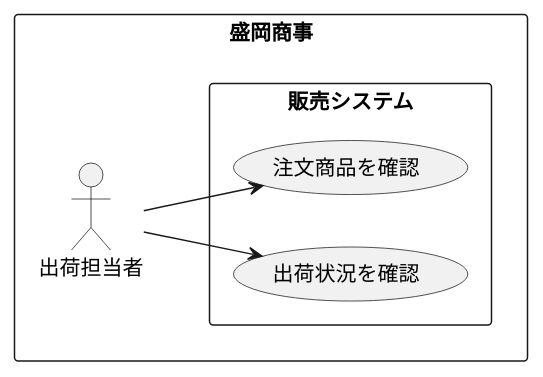
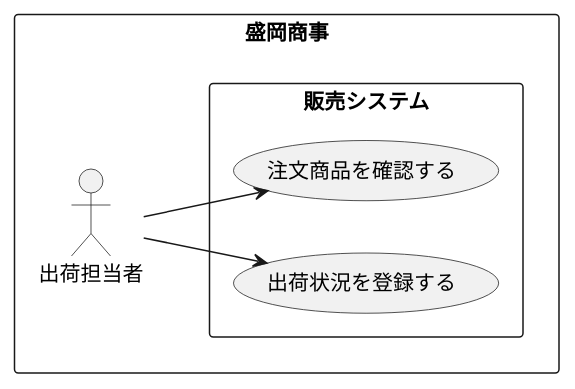
One commit to kuboi0627/unl-introduction changed the diagram in 演習2-5_盛岡商事_販売管理システム.pu. Above: the diagram before and after it, drawn with PlantUML. The commit also changed 1 other file, not shown here.

```diff
--- a/演習2-5_盛岡商事_販売管理システム.pu
+++ b/演習2-5_盛岡商事_販売管理システム.pu
@@ -1,13 +1,13 @@
 @startuml ユースケース図
 left to right direction
 rectangle 盛岡商事{
   actor 出荷担当者
 
 rectangle 販売システム{
-  usecase 注文商品を確認
-  usecase 出荷状況を確認
+  usecase 注文商品を確認する
+  usecase 出荷状況を登録する
 }
 }
-出荷担当者 --> 注文商品を確認
-出荷担当者 --> 出荷状況を確認
+出荷担当者 --> 注文商品を確認する
+出荷担当者 --> 出荷状況を登録する
 @enduml
```
